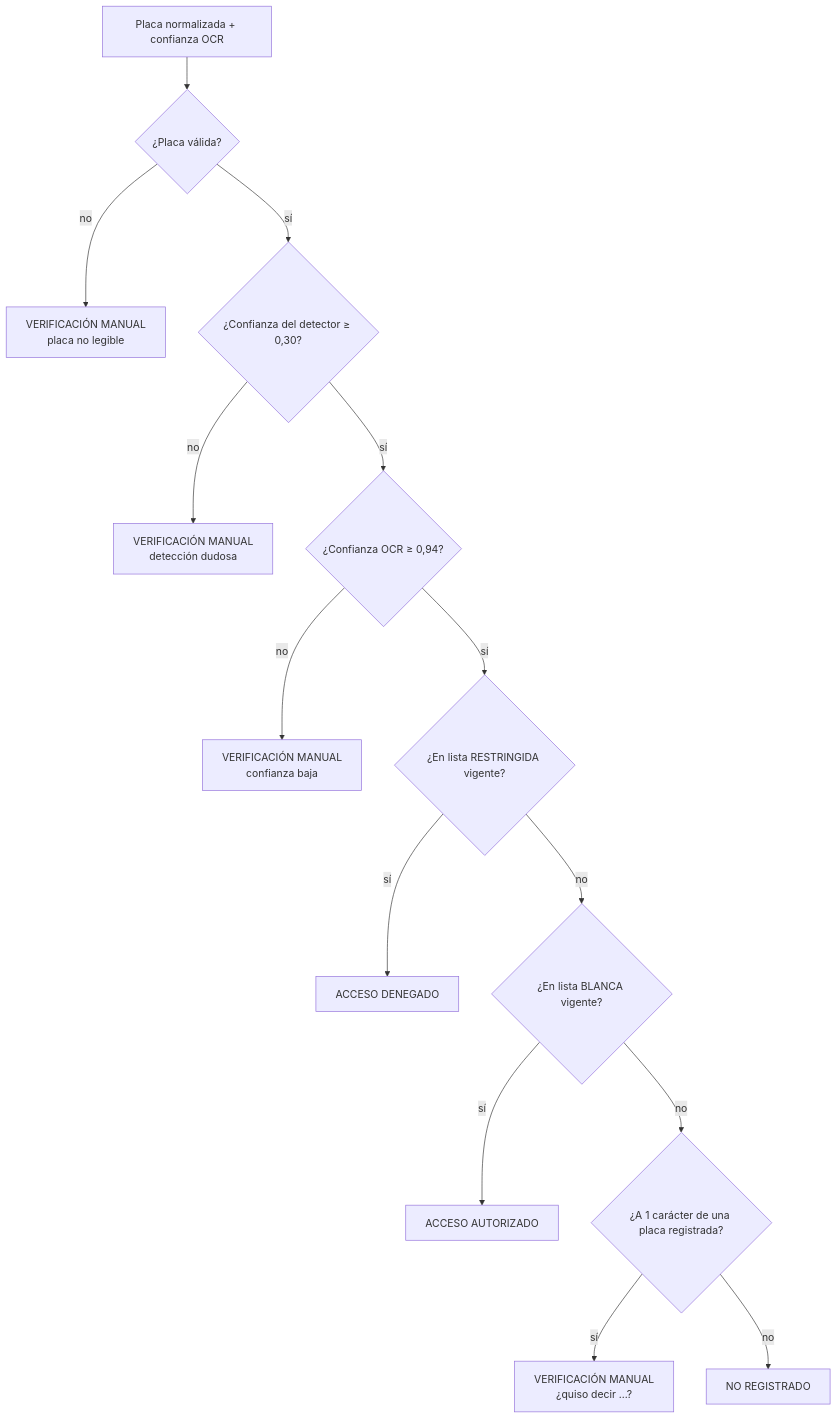
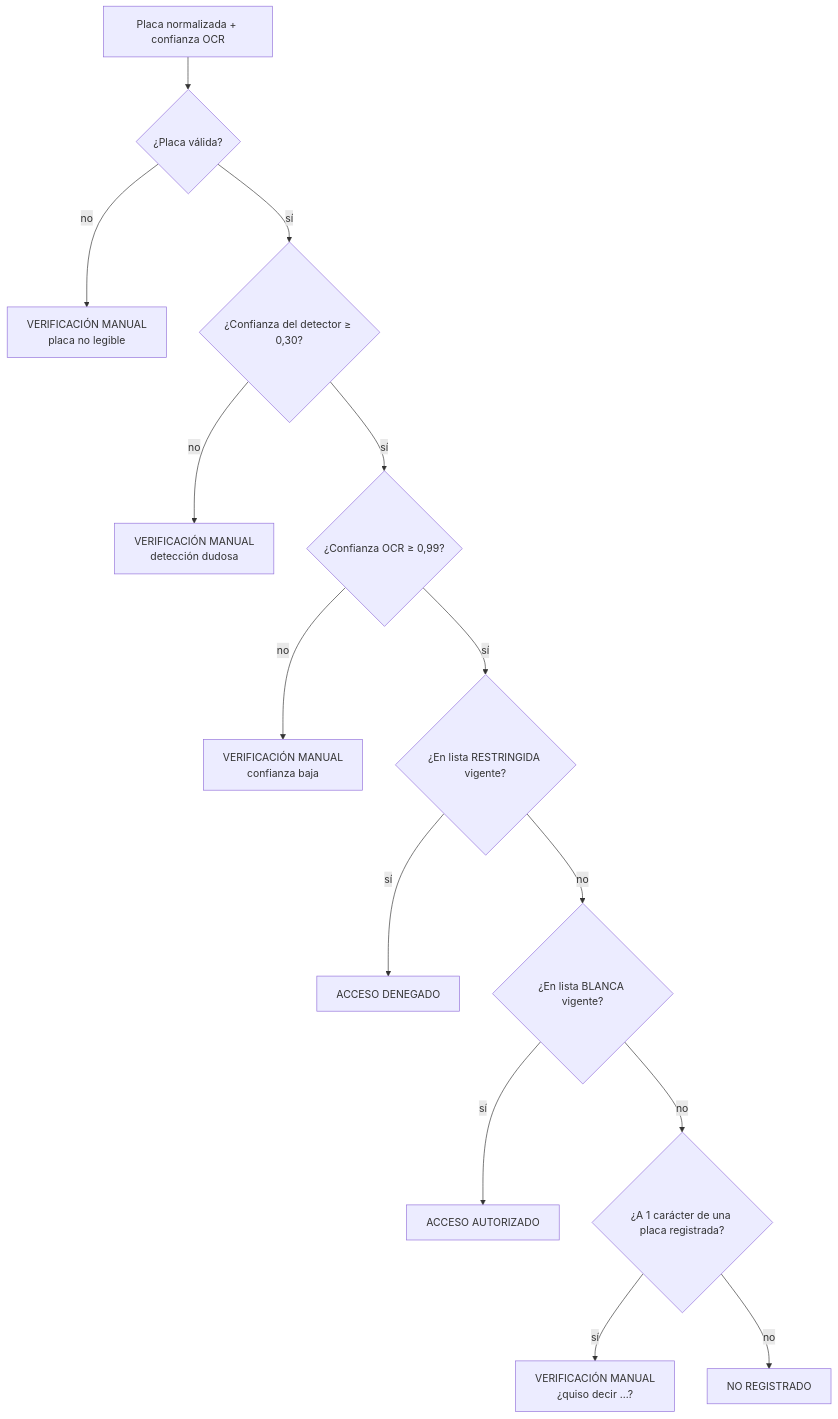
Before and after one commit to eduardoceballos666/SIRAP_2: the third of 4 diagrams in docs/arquitectura.md, drawn with Mermaid. The commit also changed other lines of this file, not shown here.

Commit message:
Actualizar documentación del umbral OCR operativo

````diff
--- a/docs/arquitectura.md
+++ b/docs/arquitectura.md
@@ -116,16 +116,16 @@
 ```mermaid
 flowchart TD
     A[Placa normalizada + confianza OCR] --> B{¿Placa válida?}
     B -- no --> M[VERIFICACIÓN MANUAL<br/>placa no legible]
     B -- sí --> B2{¿Confianza del detector ≥ 0,30?}
     B2 -- no --> M4[VERIFICACIÓN MANUAL<br/>detección dudosa]
-    B2 -- sí --> C{¿Confianza OCR ≥ 0,94?}
+    B2 -- sí --> C{¿Confianza OCR ≥ 0,99?}
     C -- no --> M2[VERIFICACIÓN MANUAL<br/>confianza baja]
     C -- sí --> D{¿En lista RESTRINGIDA vigente?}
     D -- sí --> X[ACCESO DENEGADO]
     D -- no --> E{¿En lista BLANCA vigente?}
     E -- sí --> OK[ACCESO AUTORIZADO]
     E -- no --> F{¿A 1 carácter de una placa registrada?}
     F -- sí --> M3[VERIFICACIÓN MANUAL<br/>¿quiso decir …?]
     F -- no --> N[NO REGISTRADO]
 ```
````
